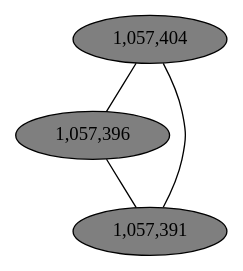
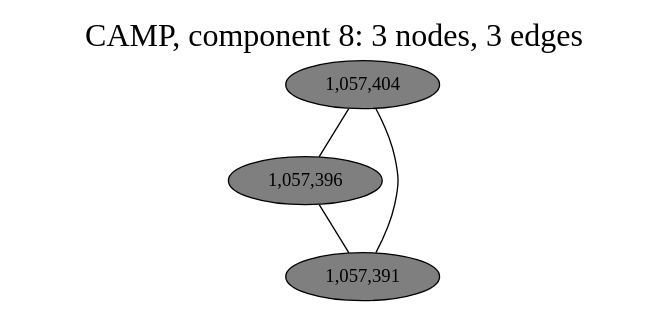
The diagram in notebooks/graphs/CAMP_cc8.gv (fedarko/sheepgut), drawn with Graphviz before and after one commit. The commit also changed 60 other files, not shown here.

```diff
--- a/notebooks/graphs/CAMP_cc8.gv
+++ b/notebooks/graphs/CAMP_cc8.gv
@@ -1,10 +1,13 @@
 graph CAMP_cc8 {
 	overlap="prism50";
 	outputorder="edgesfirst";
+	label="CAMP, component 8: 3 nodes, 3 edges";
+	labelloc="t";
+	fontsize=24;
 	"1,057,404" [style="filled", fillcolor="#7f7f7f", fontcolor="#000000"];
 	"1,057,396" [style="filled", fillcolor="#7f7f7f", fontcolor="#000000"];
 	"1,057,391" [style="filled", fillcolor="#7f7f7f", fontcolor="#000000"];
 	"1,057,404" -- "1,057,391";
 	"1,057,404" -- "1,057,396";
 	"1,057,396" -- "1,057,391";
 }
```
